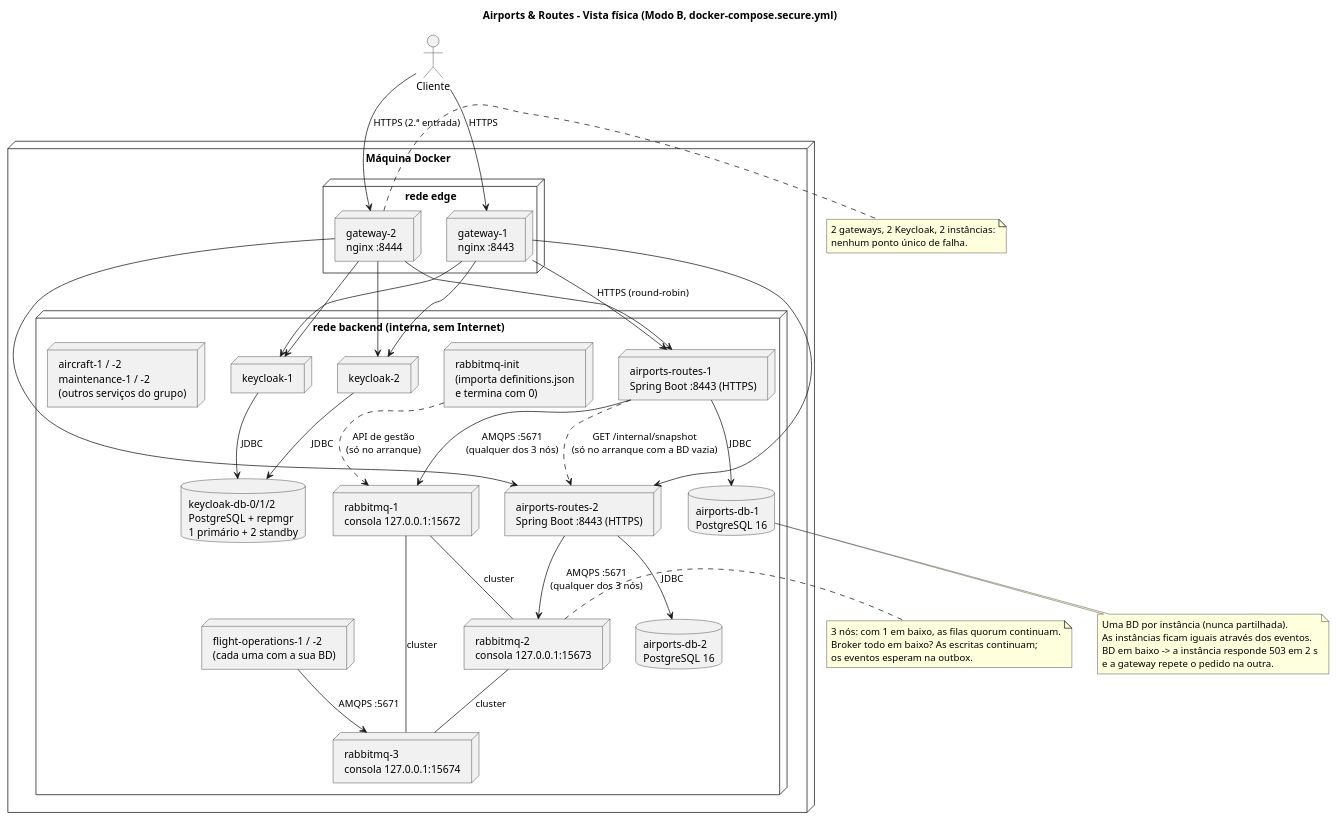
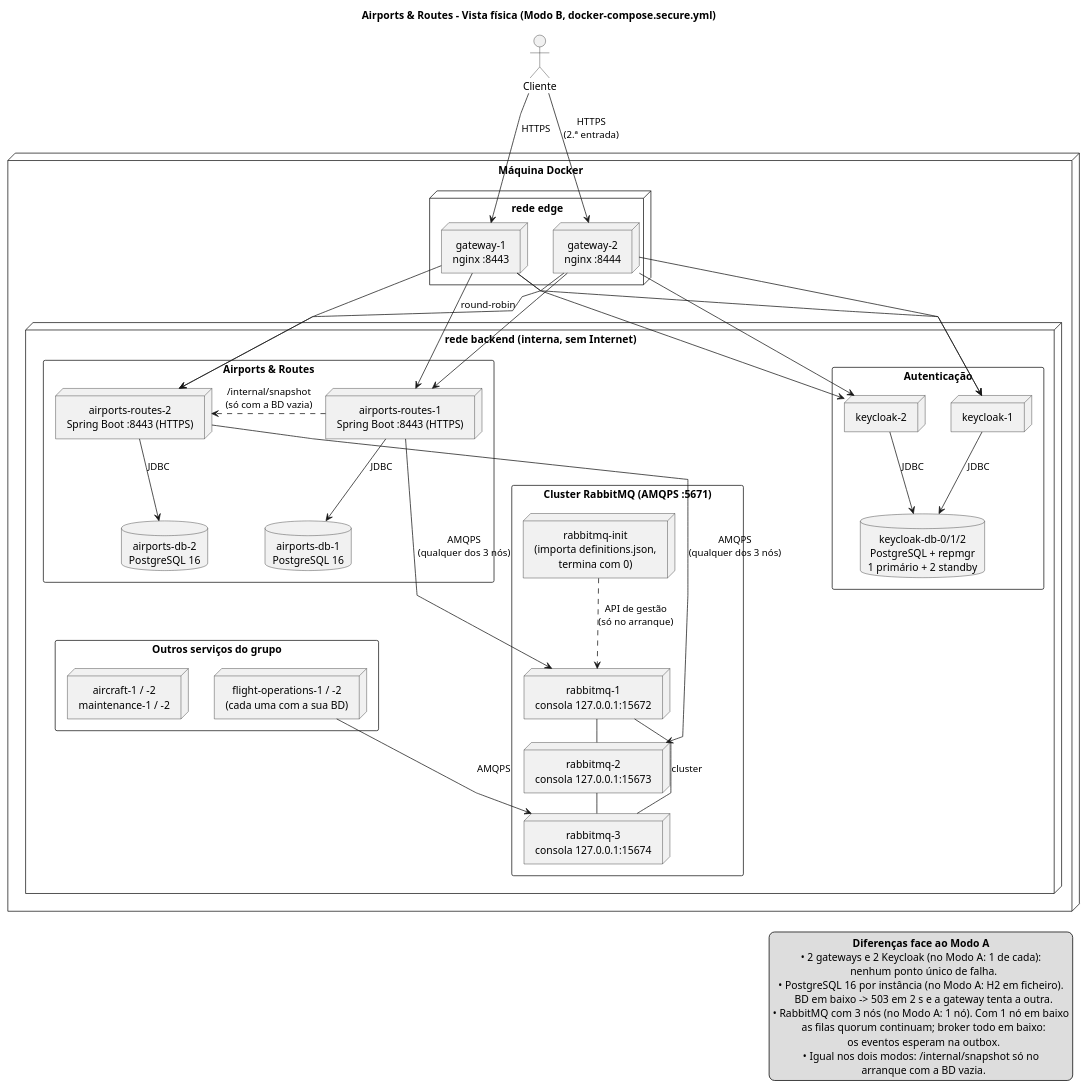
The diagram in Services/Airport e Routes/airports-routes-service/docs/E2/physical-view-airports-routes.puml (anamartasilvaa/SIDIG_AI_Safe), drawn with PlantUML before and after one commit. The commit also changed 16 other files, not shown here.

```diff
--- a/Services/Airport e Routes/airports-routes-service/docs/E2/physical-view-airports-routes.puml
+++ b/Services/Airport e Routes/airports-routes-service/docs/E2/physical-view-airports-routes.puml
@@ -1,72 +1,87 @@
 @startuml physical-view-airports-routes
 skinparam shadowing false
+skinparam linetype polyline
+skinparam nodesep 35
+skinparam ranksep 55
+skinparam defaultTextAlignment center
 title Airports & Routes - Vista física (Modo B, docker-compose.secure.yml)
+
+actor "Cliente" as C
 
 node "Máquina Docker" {
   node "rede edge" {
     node "gateway-1\nnginx :8443" as G1
     node "gateway-2\nnginx :8444" as G2
   }
   node "rede backend (interna, sem Internet)" {
-    node "keycloak-1" as K1
-    node "keycloak-2" as K2
-    database "keycloak-db-0/1/2\nPostgreSQL + repmgr\n1 primário + 2 standby" as KDB
-
-    node "rabbitmq-1\nconsola 127.0.0.1:15672" as RB1
-    node "rabbitmq-2\nconsola 127.0.0.1:15673" as RB2
-    node "rabbitmq-3\nconsola 127.0.0.1:15674" as RB3
-    node "rabbitmq-init\n(importa definitions.json\ne termina com 0)" as RBI
-
-    node "airports-routes-1\nSpring Boot :8443 (HTTPS)" as AR1
-    database "airports-db-1\nPostgreSQL 16" as DB1
-    node "airports-routes-2\nSpring Boot :8443 (HTTPS)" as AR2
-    database "airports-db-2\nPostgreSQL 16" as DB2
-
-    node "flight-operations-1 / -2\n(cada uma com a sua BD)" as FO
-    node "aircraft-1 / -2\nmaintenance-1 / -2\n(outros serviços do grupo)" as OTHER
+    rectangle "Autenticação" {
+      node "keycloak-1" as K1
+      node "keycloak-2" as K2
+      database "keycloak-db-0/1/2\nPostgreSQL + repmgr\n1 primário + 2 standby" as KDB
+    }
+    rectangle "Airports & Routes" {
+      node "airports-routes-1\nSpring Boot :8443 (HTTPS)" as AR1
+      node "airports-routes-2\nSpring Boot :8443 (HTTPS)" as AR2
+      database "airports-db-1\nPostgreSQL 16" as DB1
+      database "airports-db-2\nPostgreSQL 16" as DB2
+    }
+    rectangle "Cluster RabbitMQ (AMQPS :5671)" {
+      node "rabbitmq-1\nconsola 127.0.0.1:15672" as RB1
+      node "rabbitmq-2\nconsola 127.0.0.1:15673" as RB2
+      node "rabbitmq-3\nconsola 127.0.0.1:15674" as RB3
+      node "rabbitmq-init\n(importa definitions.json,\ntermina com 0)" as RBI
+    }
+    rectangle "Outros serviços do grupo" {
+      node "flight-operations-1 / -2\n(cada uma com a sua BD)" as FO
+      node "aircraft-1 / -2\nmaintenance-1 / -2" as OTHER
+    }
   }
 }
 
-actor "Cliente" as C
+' Entrada
 C --> G1 : HTTPS
-C --> G2 : HTTPS (2.ª entrada)
-G1 --> AR1 : HTTPS (round-robin)
+C --> G2 : HTTPS\n(2.ª entrada)
+
+' Gateways -> Airports (round-robin)
+G1 --> AR1 : round-robin
 G1 --> AR2
 G2 --> AR1
 G2 --> AR2
+
+' Gateways -> Keycloak
 G1 --> K1
 G1 --> K2
 G2 --> K1
 G2 --> K2
 K1 --> KDB : JDBC
 K2 --> KDB : JDBC
 
+' Cada instância com a sua BD
 AR1 --> DB1 : JDBC
 AR2 --> DB2 : JDBC
-AR1 --> RB1 : AMQPS :5671\n(qualquer dos 3 nós)
-AR2 --> RB2 : AMQPS :5671\n(qualquer dos 3 nós)
-FO --> RB3 : AMQPS :5671
-AR1 ..> AR2 : GET /internal/snapshot\n(só no arranque com a BD vazia)
-RB1 -- RB2 : cluster
-RB2 -- RB3 : cluster
+AR1 .> AR2 : /internal/snapshot\n(só com a BD vazia)
+
+' RabbitMQ
+DB1 -[hidden]-> RB1
+DB2 -[hidden]-> RB2
+AR1 --> RB1 : AMQPS\n(qualquer dos 3 nós)
+AR2 --> RB2 : AMQPS\n(qualquer dos 3 nós)
+FO --> RB3 : AMQPS
+RB1 - RB2 : cluster
+RB2 - RB3 : cluster
 RB1 -- RB3 : cluster
 RBI ..> RB1 : API de gestão\n(só no arranque)
 
-note bottom of DB1
-  Uma BD por instância (nunca partilhada).
-  As instâncias ficam iguais através dos eventos.
-  BD em baixo -> a instância responde 503 em 2 s
-  e a gateway repete o pedido na outra.
-end note
-
-note right of RB2
-  3 nós: com 1 em baixo, as filas quorum continuam.
-  Broker todo em baixo? As escritas continuam;
-  os eventos esperam na outbox.
-end note
-
-note right of G2
-  2 gateways, 2 Keycloak, 2 instâncias:
-  nenhum ponto único de falha.
-end note
+legend right
+  <b>Diferenças face ao Modo A</b>
+  • 2 gateways e 2 Keycloak (no Modo A: 1 de cada):
+    nenhum ponto único de falha.
+  • PostgreSQL 16 por instância (no Modo A: H2 em ficheiro).
+    BD em baixo -> 503 em 2 s e a gateway tenta a outra.
+  • RabbitMQ com 3 nós (no Modo A: 1 nó). Com 1 nó em baixo
+    as filas quorum continuam; broker todo em baixo:
+    os eventos esperam na outbox.
+  • Igual nos dois modos: /internal/snapshot só no
+    arranque com a BD vazia.
+endlegend
 @enduml
```
